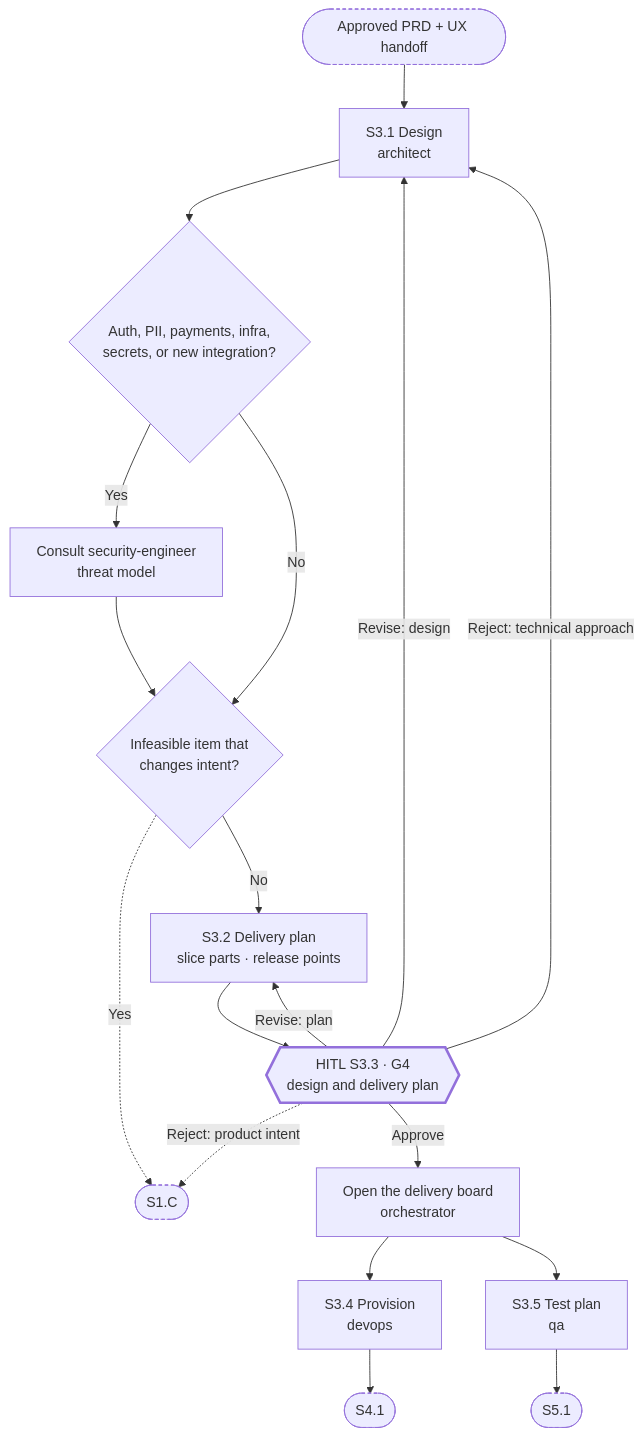
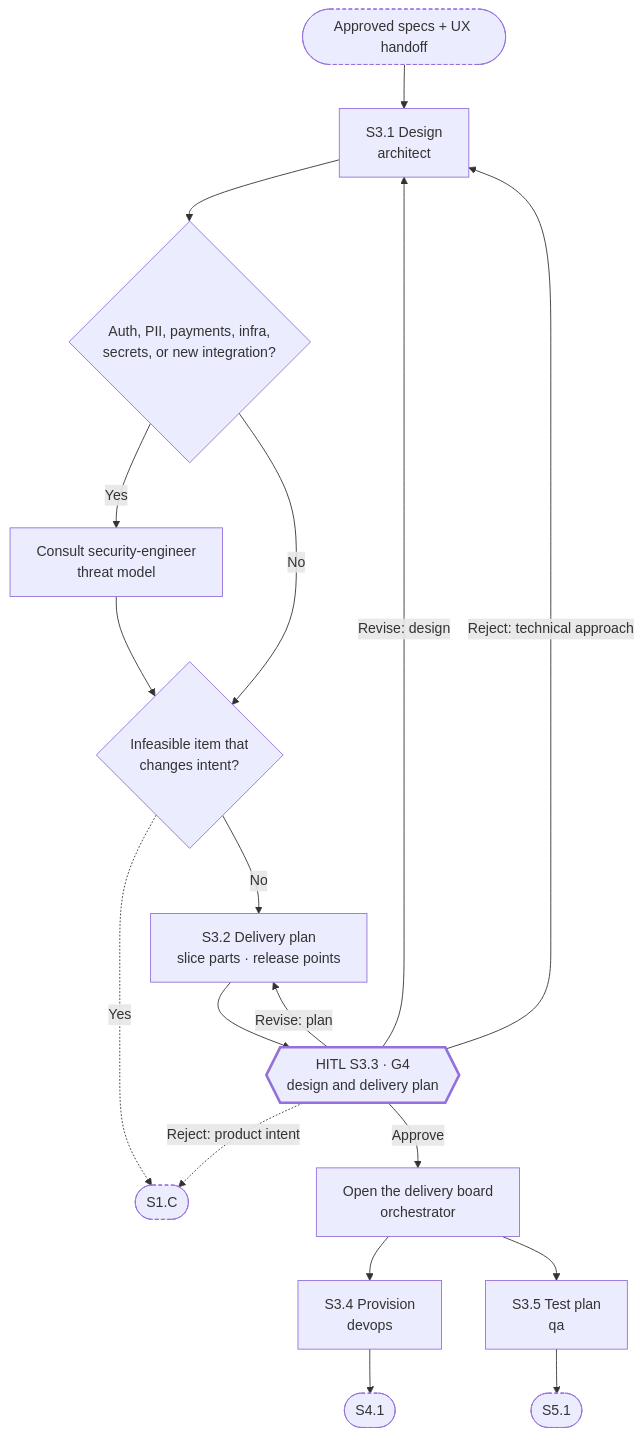
Before and after one commit to ddsofttech/oceanflows: the fifth of 9 diagrams in .cursor/sdlc/AGENT-SDLC-PLAYBOOK.md, drawn with Mermaid. The commit also changed other lines of this file and 57 other files, not shown here.

````diff
--- a/.cursor/sdlc/AGENT-SDLC-PLAYBOOK.md
+++ b/.cursor/sdlc/AGENT-SDLC-PLAYBOOK.md
@@ -585,21 +600,21 @@
 ```mermaid
 flowchart TD
-  in(["Approved PRD + UX handoff"]):::ref --> s31["S3.1 Design<br/>architect"]
+  in(["Approved specs + UX handoff"]):::ref --> s31["S3.1 Design<br/>architect"]
   s31 --> sec{"Auth, PII, payments, infra,<br/>secrets, or new integration?"}
   sec -->|Yes| cons["Consult security-engineer<br/>threat model"] --> inf
   sec -->|No| inf{"Infeasible item that<br/>changes intent?"}
   inf -.->|Yes| s1c(["S1.C"]):::ref
   inf -->|No| s32["S3.2 Delivery plan<br/>slice parts · release points"]
   s32 --> g4{{"HITL S3.3 · G4<br/>design and delivery plan"}}:::hitl
   g4 -->|"Revise: design"| s31
   g4 -->|"Revise: plan"| s32
   g4 -->|"Reject: technical approach"| s31
   g4 -.->|"Reject: product intent"| s1c
   g4 -->|Approve| board["Open the delivery board<br/>orchestrator"]
   board --> s34["S3.4 Provision<br/>devops"]
   board --> s35["S3.5 Test plan<br/>qa"]
   s34 --> s41(["S4.1"]):::ref
   s35 --> s51(["S5.1"]):::ref
   classDef hitl stroke-width:3px
   classDef ref stroke-dasharray:4 3
 ```
````
